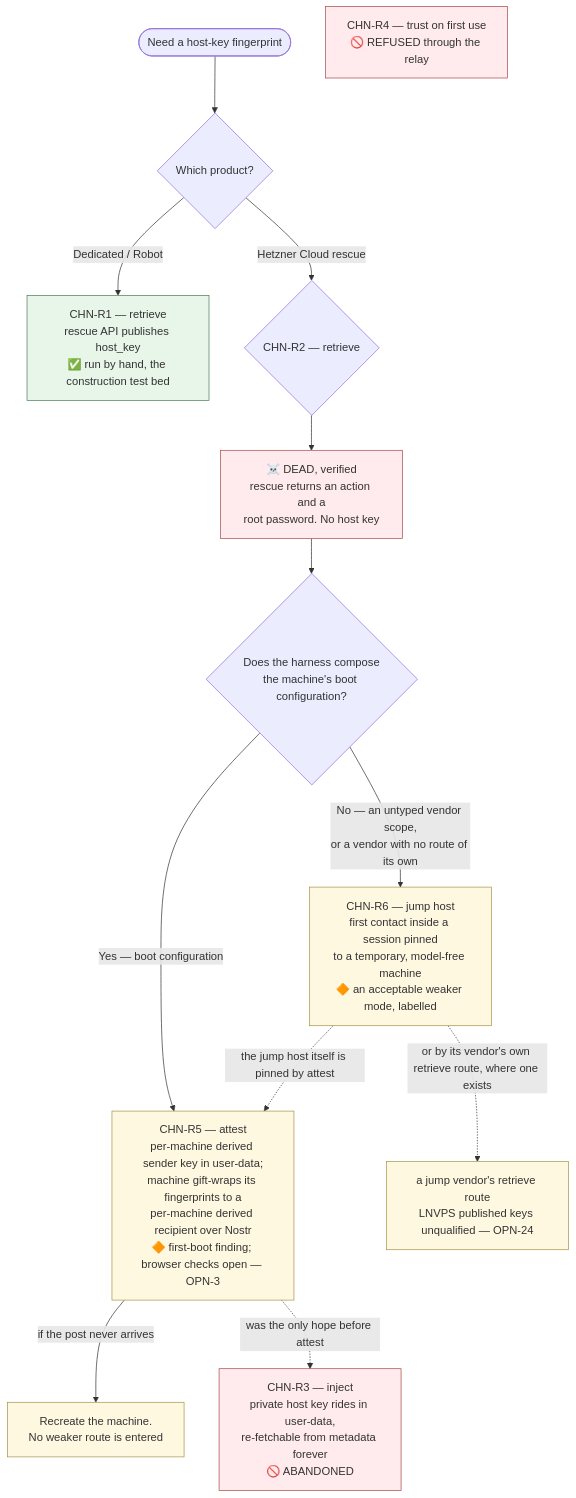
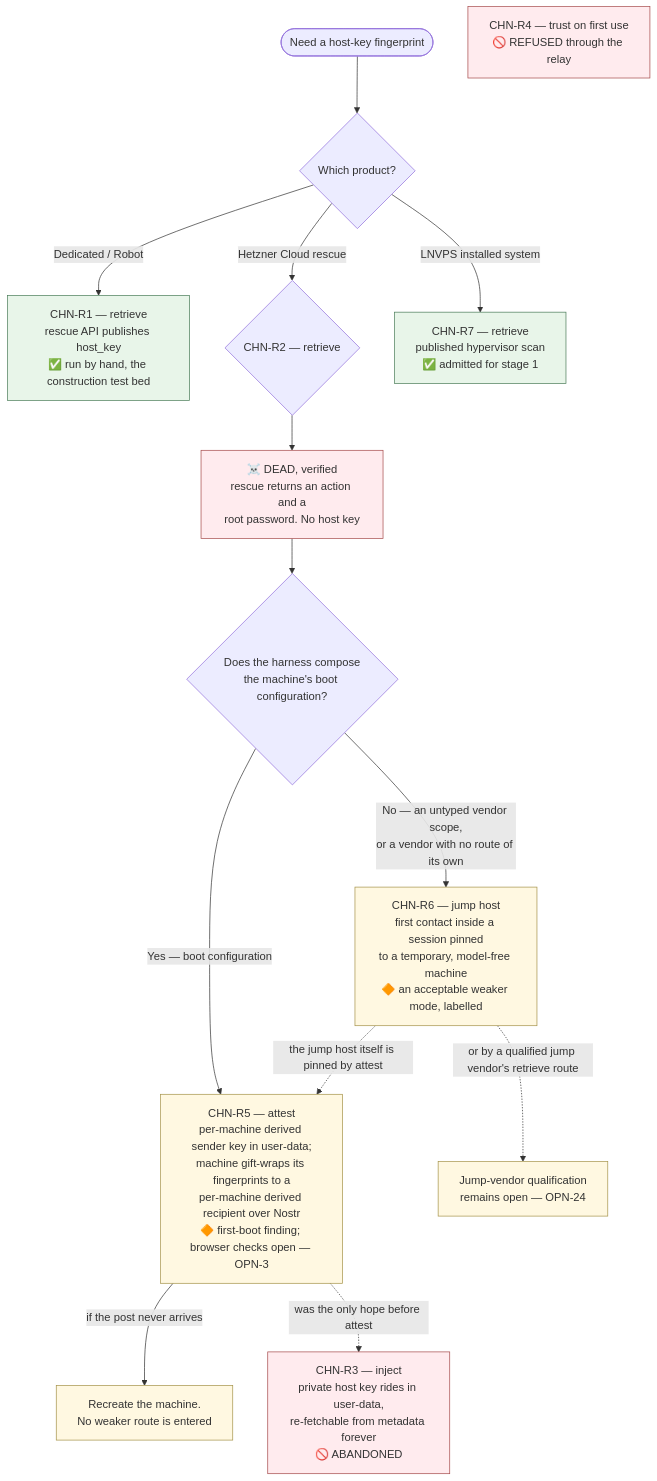
The first of 2 diagrams in 02-channel.md (douglaz/tau-web-spec), drawn with Mermaid before and after one commit. The commit also changed other lines of this file and 30 other files, not shown here.

First line of the commit message:
feat(spec): admit LNVPS's published host keys as a first-contact route (CHN-R7) (#16)

````diff
--- a/02-channel.md
+++ b/02-channel.md
@@ -32,21 +32,22 @@
 ```mermaid
 flowchart TD
     START([Need a host-key fingerprint]) --> PROD{Which product?}
     PROD -->|Dedicated / Robot| R1["CHN-R1 — retrieve<br/>rescue API publishes host_key<br/>✅ run by hand, the construction test bed"]
     PROD -->|Hetzner Cloud rescue| R2{"CHN-R2 — retrieve"}
+    PROD -->|LNVPS installed system| R7["CHN-R7 — retrieve<br/>published hypervisor scan<br/>✅ admitted for stage 1"]
     R2 --> R2D["☠️ DEAD, verified<br/>rescue returns an action and a<br/>root password. No host key"]
     R2D --> BOOT{"Does the harness compose<br/>the machine's boot configuration?"}
     BOOT -->|"Yes — boot configuration"| R5["CHN-R5 — attest<br/>per-machine derived sender key in user-data;<br/>machine gift-wraps its fingerprints to a<br/>per-machine derived recipient over Nostr<br/>🔶 first-boot finding; browser checks open — OPN-3"]
     BOOT -->|"No — an untyped vendor scope,<br/>or a vendor with no route of its own"| R6["CHN-R6 — jump host<br/>first contact inside a session pinned<br/>to a temporary, model-free machine<br/>🔶 an acceptable weaker mode, labelled"]
     R5 -->|"if the post never arrives"| RC["Recreate the machine.<br/>No weaker route is entered"]
     R6 -.->|"the jump host itself is pinned by attest"| R5
-    R6 -.->|"or by its vendor's own retrieve route, where one exists"| RJ["a jump vendor's retrieve route<br/>LNVPS published keys unqualified — OPN-24"]
+    R6 -.->|"or by a qualified jump vendor's retrieve route"| RJ["Jump-vendor qualification<br/>remains open — OPN-24"]
     R5 -.->|"was the only hope before attest"| R3["CHN-R3 — inject<br/>private host key rides in user-data,<br/>re-fetchable from metadata forever<br/>🚫 ABANDONED"]
     R4["CHN-R4 — trust on first use<br/>🚫 REFUSED through the relay"]
     classDef live fill:#e8f5e9,stroke:#4a7c59
     classDef dead fill:#ffebee,stroke:#a54a4a
     classDef pending fill:#fff8e1,stroke:#a5934a
-    class R1 live
+    class R1,R7 live
     class R2D,R3,R4 dead
     class R5,R6,RC,RJ pending
 ```
````
